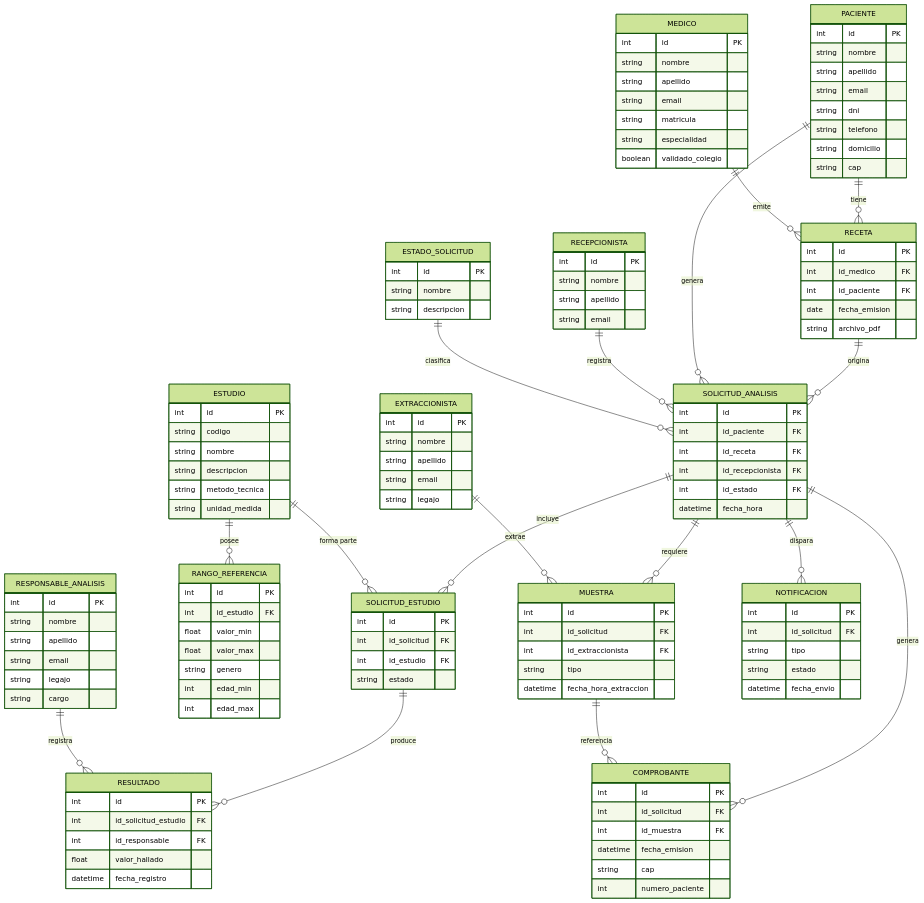
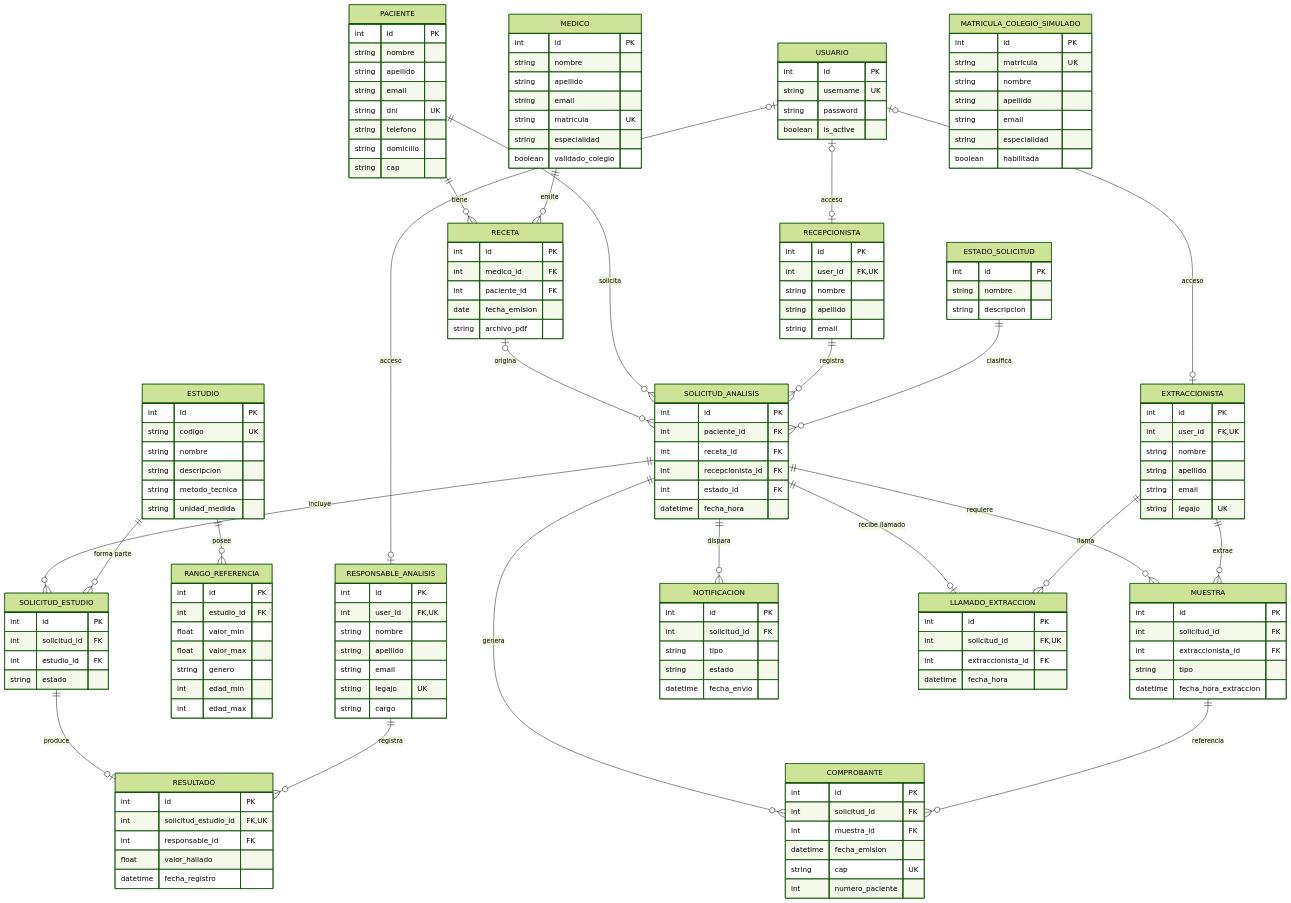
One commit to Villada-PG3/trabajo-practico-integrador-laboratorio_analisis_bioquimico changed the diagram in docs/diagramaER.mmd. Above: the diagram before and after it, drawn with Mermaid (forest theme). The commit also changed 2 other files, not shown here.

Commit message:
docs: actualizar README y diagramas DER y UML

```diff
--- a/docs/diagramaER.mmd
+++ b/docs/diagramaER.mmd
@@ -1,130 +1,186 @@
+
 erDiagram
+    USUARIO {
+        int id PK
+        string username UK
+        string password
+        boolean is_active
+    }
+
     PACIENTE {
         int id PK
         string nombre
         string apellido
         string email
-        string dni
+        string dni UK
         string telefono
         string domicilio
         string cap
     }
+
     MEDICO {
         int id PK
         string nombre
         string apellido
         string email
-        string matricula
+        string matricula UK
         string especialidad
         boolean validado_colegio
     }
+
+    MATRICULA_COLEGIO_SIMULADO {
+        int id PK
+        string matricula UK
+        string nombre
+        string apellido
+        string email
+        string especialidad
+        boolean habilitada
+    }
+
     RECEPCIONISTA {
         int id PK
+        int user_id FK,UK
         string nombre
         string apellido
         string email
     }
+
     EXTRACCIONISTA {
         int id PK
+        int user_id FK,UK
         string nombre
         string apellido
         string email
-        string legajo
+        string legajo UK
     }
+
     RESPONSABLE_ANALISIS {
         int id PK
+        int user_id FK,UK
         string nombre
         string apellido
         string email
-        string legajo
+        string legajo UK
         string cargo
     }
+
     ESTADO_SOLICITUD {
         int id PK
         string nombre
         string descripcion
     }
+
     ESTUDIO {
         int id PK
-        string codigo
+        string codigo UK
         string nombre
         string descripcion
         string metodo_tecnica
         string unidad_medida
     }
+
     RANGO_REFERENCIA {
         int id PK
-        int id_estudio FK
+        int estudio_id FK
         float valor_min
         float valor_max
         string genero
         int edad_min
         int edad_max
     }
+
     RECETA {
         int id PK
-        int id_medico FK
-        int id_paciente FK
+        int medico_id FK
+        int paciente_id FK
         date fecha_emision
         string archivo_pdf
     }
+
     SOLICITUD_ANALISIS {
         int id PK
-        int id_paciente FK
-        int id_receta FK
-        int id_recepcionista FK
-        int id_estado FK
+        int paciente_id FK
+        int receta_id FK
+        int recepcionista_id FK
+        int estado_id FK
         datetime fecha_hora
     }
+
     SOLICITUD_ESTUDIO {
         int id PK
-        int id_solicitud FK
-        int id_estudio FK
+        int solicitud_id FK
+        int estudio_id FK
         string estado
     }
+
     MUESTRA {
         int id PK
-        int id_solicitud FK
-        int id_extraccionista FK
+        int solicitud_id FK
+        int extraccionista_id FK
         string tipo
         datetime fecha_hora_extraccion
     }
+
     RESULTADO {
         int id PK
-        int id_solicitud_estudio FK
-        int id_responsable FK
+        int solicitud_estudio_id FK,UK
+        int responsable_id FK
         float valor_hallado
         datetime fecha_registro
     }
+
     COMPROBANTE {
         int id PK
-        int id_solicitud FK
-        int id_muestra FK
+        int solicitud_id FK
+        int muestra_id FK
         datetime fecha_emision
-        string cap
+        string cap UK
         int numero_paciente
     }
+
     NOTIFICACION {
         int id PK
-        int id_solicitud FK
+        int solicitud_id FK
         string tipo
         string estado
         datetime fecha_envio
     }
 
+    LLAMADO_EXTRACCION {
+        int id PK
+        int solicitud_id FK,UK
+        int extraccionista_id FK
+        datetime fecha_hora
+    }
+
+    USUARIO |o--o| RECEPCIONISTA : "acceso"
+    USUARIO |o--o| EXTRACCIONISTA : "acceso"
+    USUARIO |o--o| RESPONSABLE_ANALISIS : "acceso"
+
     PACIENTE ||--o{ RECETA : "tiene"
     MEDICO ||--o{ RECETA : "emite"
-    RECETA ||--o{ SOLICITUD_ANALISIS : "origina"
-    PACIENTE ||--o{ SOLICITUD_ANALISIS : "genera"
+
+    RECETA |o--o{ SOLICITUD_ANALISIS : "origina"
+    PACIENTE ||--o{ SOLICITUD_ANALISIS : "solicita"
     RECEPCIONISTA ||--o{ SOLICITUD_ANALISIS : "registra"
     ESTADO_SOLICITUD ||--o{ SOLICITUD_ANALISIS : "clasifica"
+
     SOLICITUD_ANALISIS ||--o{ SOLICITUD_ESTUDIO : "incluye"
     ESTUDIO ||--o{ SOLICITUD_ESTUDIO : "forma parte"
+
     ESTUDIO ||--o{ RANGO_REFERENCIA : "posee"
+
     SOLICITUD_ANALISIS ||--o{ MUESTRA : "requiere"
     EXTRACCIONISTA ||--o{ MUESTRA : "extrae"
-    SOLICITUD_ESTUDIO ||--o{ RESULTADO : "produce"
+
+    SOLICITUD_ESTUDIO ||--o| RESULTADO : "produce"
     RESPONSABLE_ANALISIS ||--o{ RESULTADO : "registra"
+
     SOLICITUD_ANALISIS ||--o{ COMPROBANTE : "genera"
     MUESTRA ||--o{ COMPROBANTE : "referencia"
+
     SOLICITUD_ANALISIS ||--o{ NOTIFICACION : "dispara"
+
+    SOLICITUD_ANALISIS ||--o| LLAMADO_EXTRACCION : "recibe llamado"
+    EXTRACCIONISTA ||--o{ LLAMADO_EXTRACCION : "llama"
```
